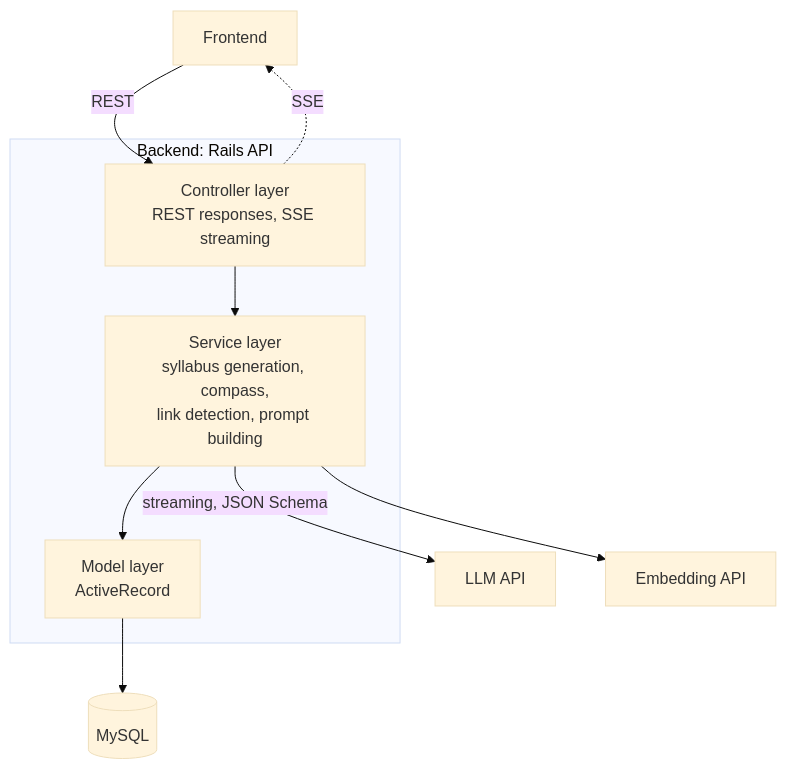
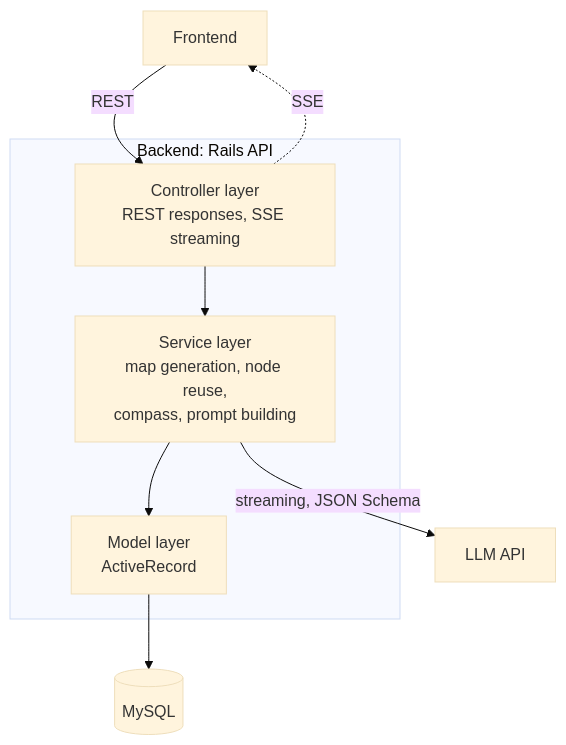
The first of 2 diagrams in .claude/rules/code/backend.md (ryuma-1/Campass), drawn with Mermaid (base theme) before and after one commit. The commit also changed other lines of this file and 6 other files, not shown here.

````diff
--- a/.claude/rules/code/backend.md
+++ b/.claude/rules/code/backend.md
@@ -7,22 +7,20 @@
 ```mermaid
 graph TD
     FE[Frontend]
 
     subgraph BE[Backend: Rails API]
         C["Controller layer<br/>REST responses, SSE streaming"]
-        S["Service layer<br/>syllabus generation, compass,<br/>link detection, prompt building"]
+        S["Service layer<br/>map generation, node reuse,<br/>compass, prompt building"]
         M["Model layer<br/>ActiveRecord"]
     end
 
     DB[(MySQL)]
     LLM[LLM API]
-    EMB[Embedding API]
 
     FE -->|REST| C
     C -.->|SSE| FE
     C --> S
     S --> M
     M --> DB
     S -->|streaming, JSON Schema| LLM
-    S --> EMB
 ```
````
